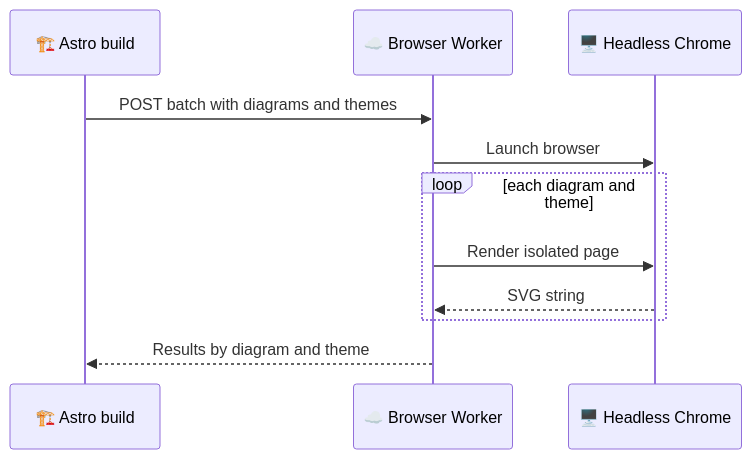
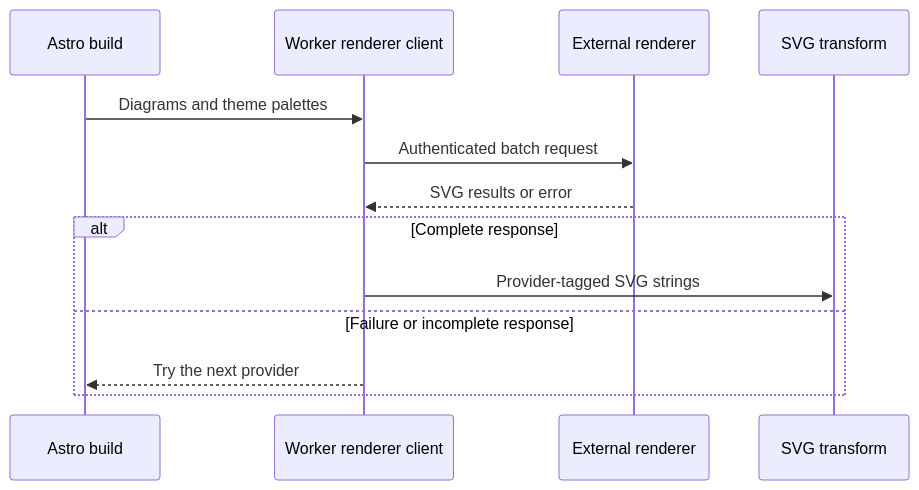
The diagram in src/thejournal/building_albertoduran/mermaid/browser_renderer_service.mdx (duranalberto/albertoduran), drawn with Mermaid before and after one commit. The commit also changed other lines of this file and 49 other files, not shown here.

````diff
--- a/src/thejournal/building_albertoduran/mermaid/browser_renderer_service.mdx
+++ b/src/thejournal/building_albertoduran/mermaid/browser_renderer_service.mdx
@@ -39,14 +44,16 @@
 ```mermaid
 sequenceDiagram
-    participant Build as 🏗️ Astro build
-    participant Worker as ☁️ Browser Worker
-    participant Browser as 🖥️ Headless Chrome
+    participant Build as Astro build
+    participant Client as Worker renderer client
+    participant Service as External renderer
+    participant Transform as SVG transform
 
-    Build->>Worker: POST batch with diagrams and themes
-    Worker->>Browser: Launch browser
-    loop each diagram and theme
-        Worker->>Browser: Render isolated page
-        Browser-->>Worker: SVG string
+    Build->>Client: Diagrams and theme palettes
+    Client->>Service: Authenticated batch request
+    Service-->>Client: SVG results or error
+    alt Complete response
+        Client->>Transform: Provider-tagged SVG strings
+    else Failure or incomplete response
+        Client-->>Build: Try the next provider
     end
-    Worker-->>Build: Results by diagram and theme
 ```
````
